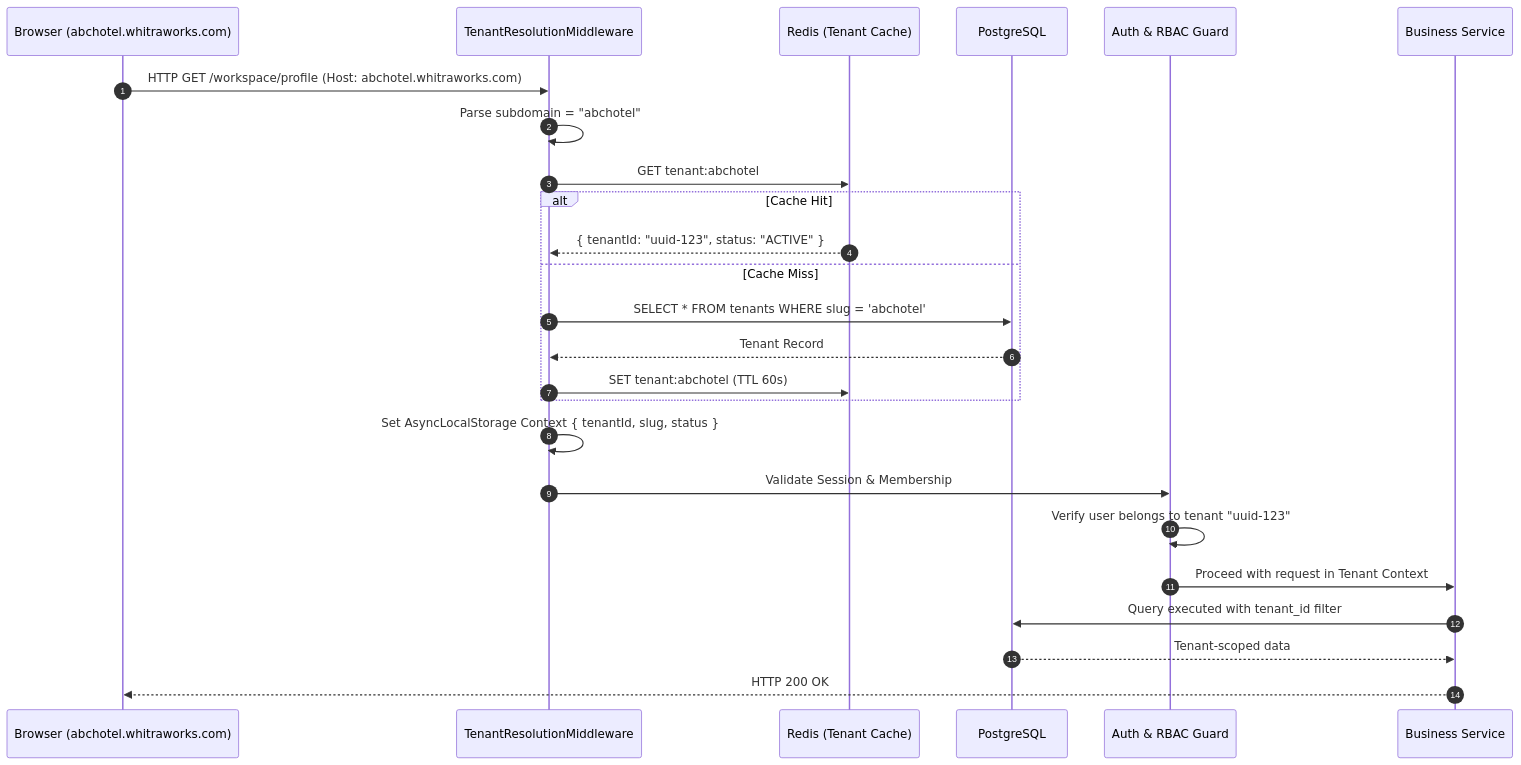
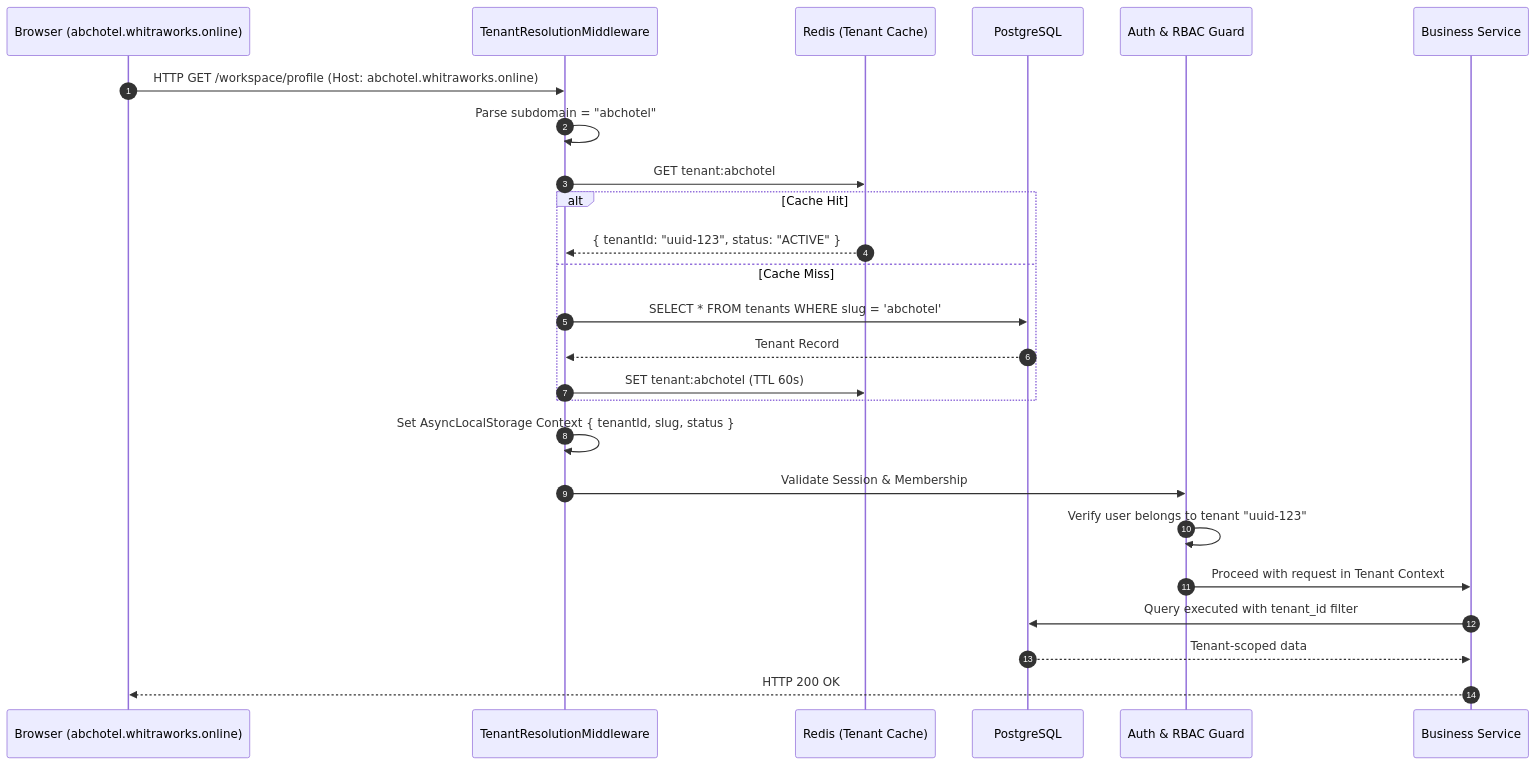
Before and after one commit to sivaganesz/whitraworks: the second of 2 diagrams in docs/ARCHITECTURE.md, drawn with Mermaid. The commit also changed other lines of this file and 46 other files, not shown here.

````diff
--- a/docs/ARCHITECTURE.md
+++ b/docs/ARCHITECTURE.md
@@ -119,28 +119,28 @@
 ```mermaid
 sequenceDiagram
     autonumber
-    participant Client as Browser (abchotel.whitraworks.com)
+    participant Client as Browser (abchotel.whitraworks.online)
     participant Middleware as TenantResolutionMiddleware
     participant Cache as Redis (Tenant Cache)
     participant DB as PostgreSQL
     participant Guard as Auth & RBAC Guard
     participant Service as Business Service
 
-    Client->>Middleware: HTTP GET /workspace/profile (Host: abchotel.whitraworks.com)
+    Client->>Middleware: HTTP GET /workspace/profile (Host: abchotel.whitraworks.online)
     Middleware->>Middleware: Parse subdomain = "abchotel"
     Middleware->>Cache: GET tenant:abchotel
     alt Cache Hit
         Cache-->>Middleware: { tenantId: "uuid-123", status: "ACTIVE" }
     else Cache Miss
         Middleware->>DB: SELECT * FROM tenants WHERE slug = 'abchotel'
         DB-->>Middleware: Tenant Record
         Middleware->>Cache: SET tenant:abchotel (TTL 60s)
     end
     Middleware->>Middleware: Set AsyncLocalStorage Context { tenantId, slug, status }
     Middleware->>Guard: Validate Session & Membership
     Guard->>Guard: Verify user belongs to tenant "uuid-123"
     Guard->>Service: Proceed with request in Tenant Context
     Service->>DB: Query executed with tenant_id filter
     DB-->>Service: Tenant-scoped data
     Service-->>Client: HTTP 200 OK
 ```
````
